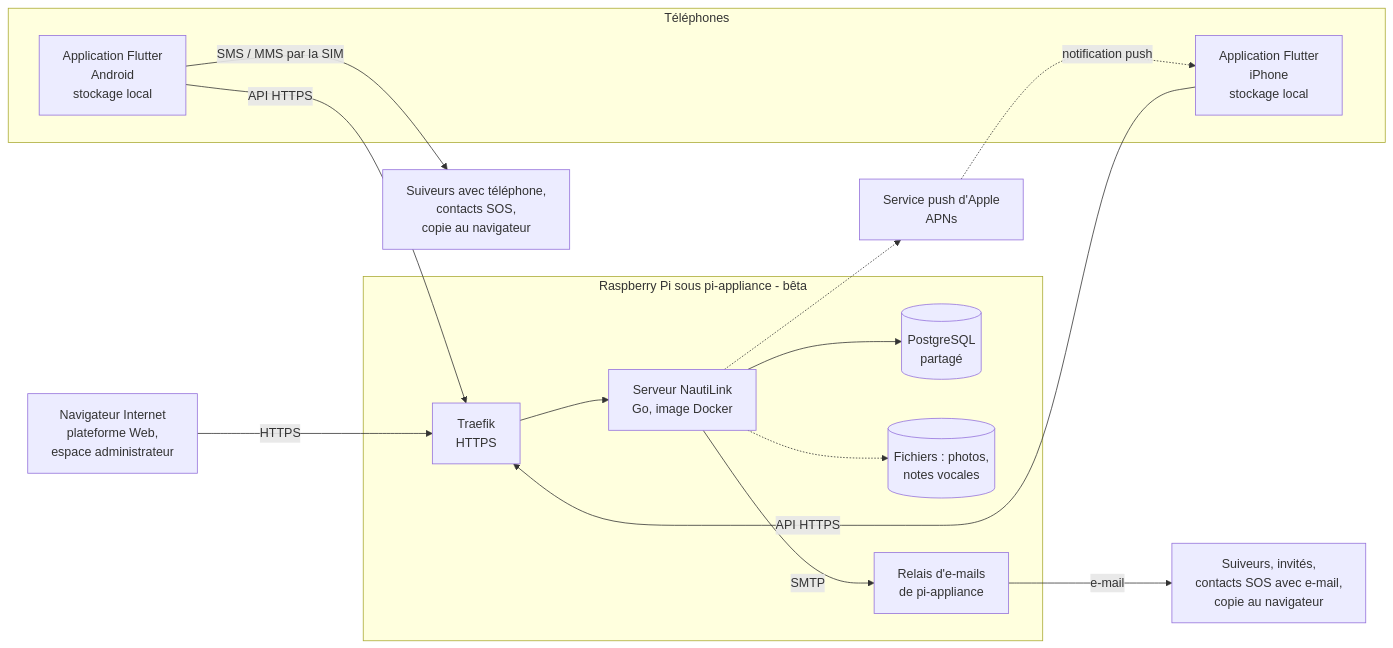
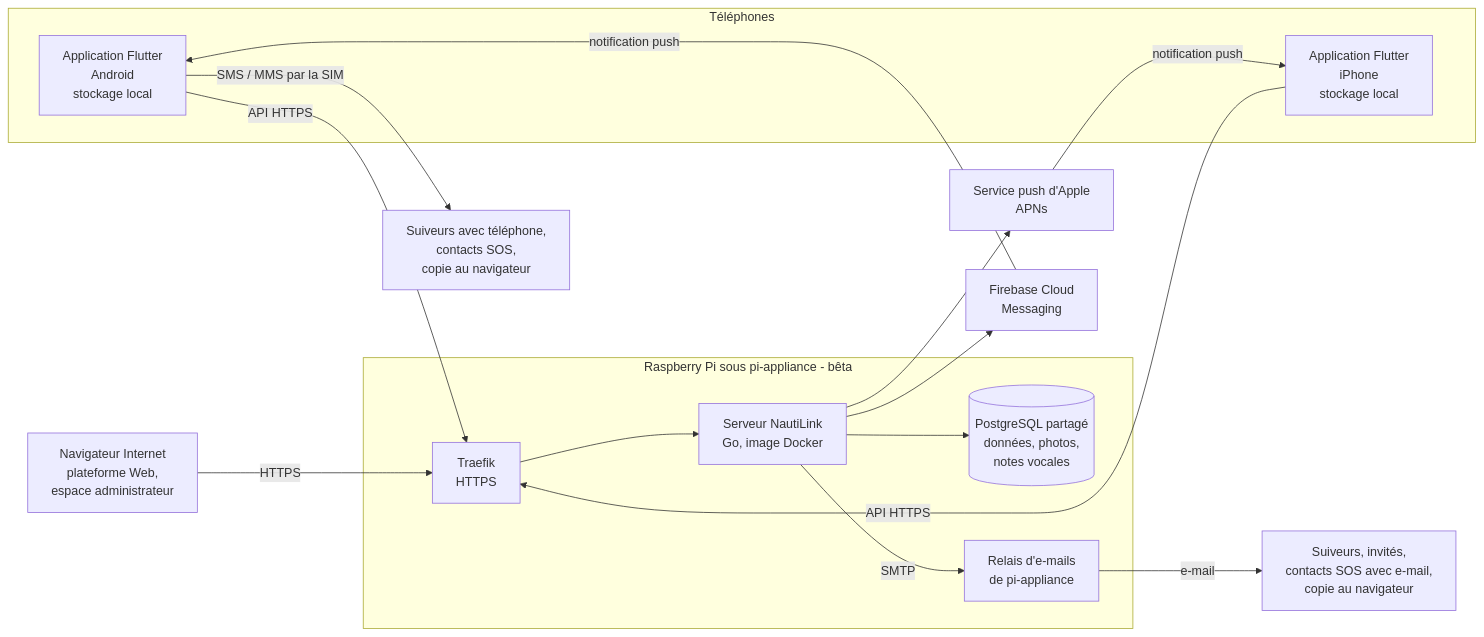
One commit to gmoulard/NautiLink changed the diagram in docs/08-architecture.md. Above: the diagram before and after it, drawn with Mermaid. The commit also changed other lines of this file and 3 other files, not shown here.

First line of the commit message:
Q-22 tranchée en partie : fichiers dans PostgreSQL, push APNs et FCM, sauvegardes de pi-appliance

````diff
--- a/docs/08-architecture.md
+++ b/docs/08-architecture.md
@@ -14,26 +14,26 @@
 ```mermaid
 flowchart LR
   subgraph TEL[Téléphones]
     A[Application Flutter<br/>Android<br/>stockage local]
     I[Application Flutter<br/>iPhone<br/>stockage local]
   end
   W[Navigateur Internet<br/>plateforme Web,<br/>espace administrateur]
   subgraph PI[Raspberry Pi sous pi-appliance - bêta]
     T[Traefik<br/>HTTPS]
     S[Serveur NautiLink<br/>Go, image Docker]
-    P[(PostgreSQL<br/>partagé)]
-    F[(Fichiers : photos,<br/>notes vocales)]
+    P[(PostgreSQL partagé<br/>données, photos,<br/>notes vocales)]
     R[Relais d'e-mails<br/>de pi-appliance]
   end
   A -- API HTTPS --> T
   I -- API HTTPS --> T
   W -- HTTPS --> T
   T --> S
   S --> P
-  S -.-> F
   S -- SMTP --> R
   R -- e-mail --> E[Suiveurs, invités,<br/>contacts SOS avec e-mail,<br/>copie au navigateur]
-  S -.-> APN[Service push d'Apple<br/>APNs]
-  APN -. notification push .-> I
+  S --> APN[Service push d'Apple<br/>APNs]
+  APN -- notification push --> I
+  S --> FCM[Firebase Cloud<br/>Messaging]
+  FCM -- notification push --> A
   A -- SMS / MMS par la SIM --> D[Suiveurs avec téléphone,<br/>contacts SOS,<br/>copie au navigateur]
 ```
````
